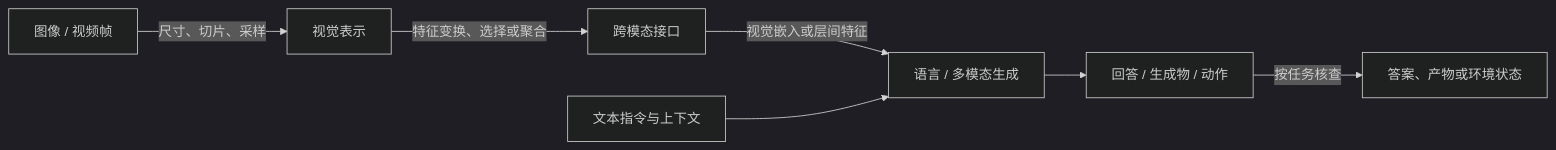
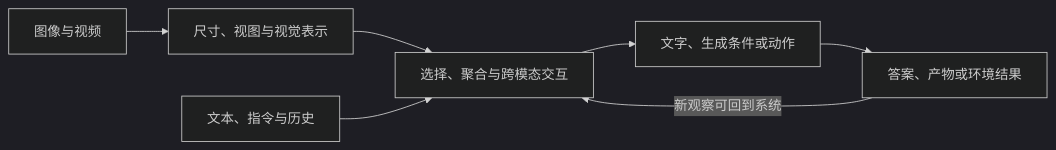
Before and after one commit to Westlife-Engineering/MLLM: the diagram in wiki/overview.md, drawn with Mermaid (dark theme). The commit also changed other lines of this file and 65 other files, not shown here.

````diff
--- a/wiki/overview.md
+++ b/wiki/overview.md
@@ -19,9 +20,9 @@
 ```mermaid
 flowchart LR
-    I[图像 / 视频帧] -->|尺寸、切片、采样| V[视觉表示]
-    V -->|特征变换、选择或聚合| C[跨模态接口]
-    C -->|视觉嵌入或层间特征| L[语言 / 多模态生成]
-    T[文本指令与上下文] --> L
-    L --> A[回答 / 生成物 / 动作]
-    A -->|按任务核查| E[答案、产物或环境状态]
+    I[图像与视频] --> V[尺寸、视图与视觉表示]
+    V --> C[选择、聚合与跨模态交互]
+    T[文本、指令与历史] --> C
+    C --> O[文字、生成条件或动作]
+    O --> R[答案、产物或环境结果]
+    R -->|新观察可回到系统| C
 ```
````
